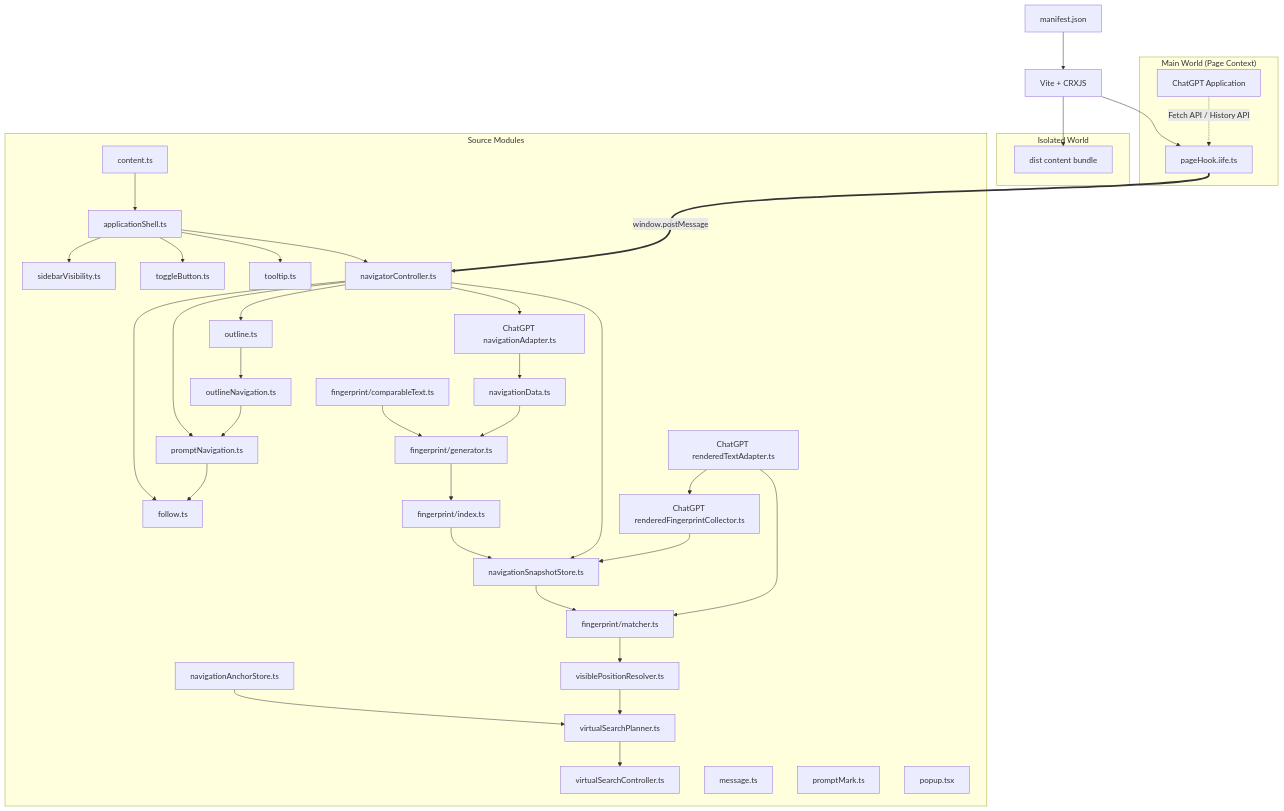
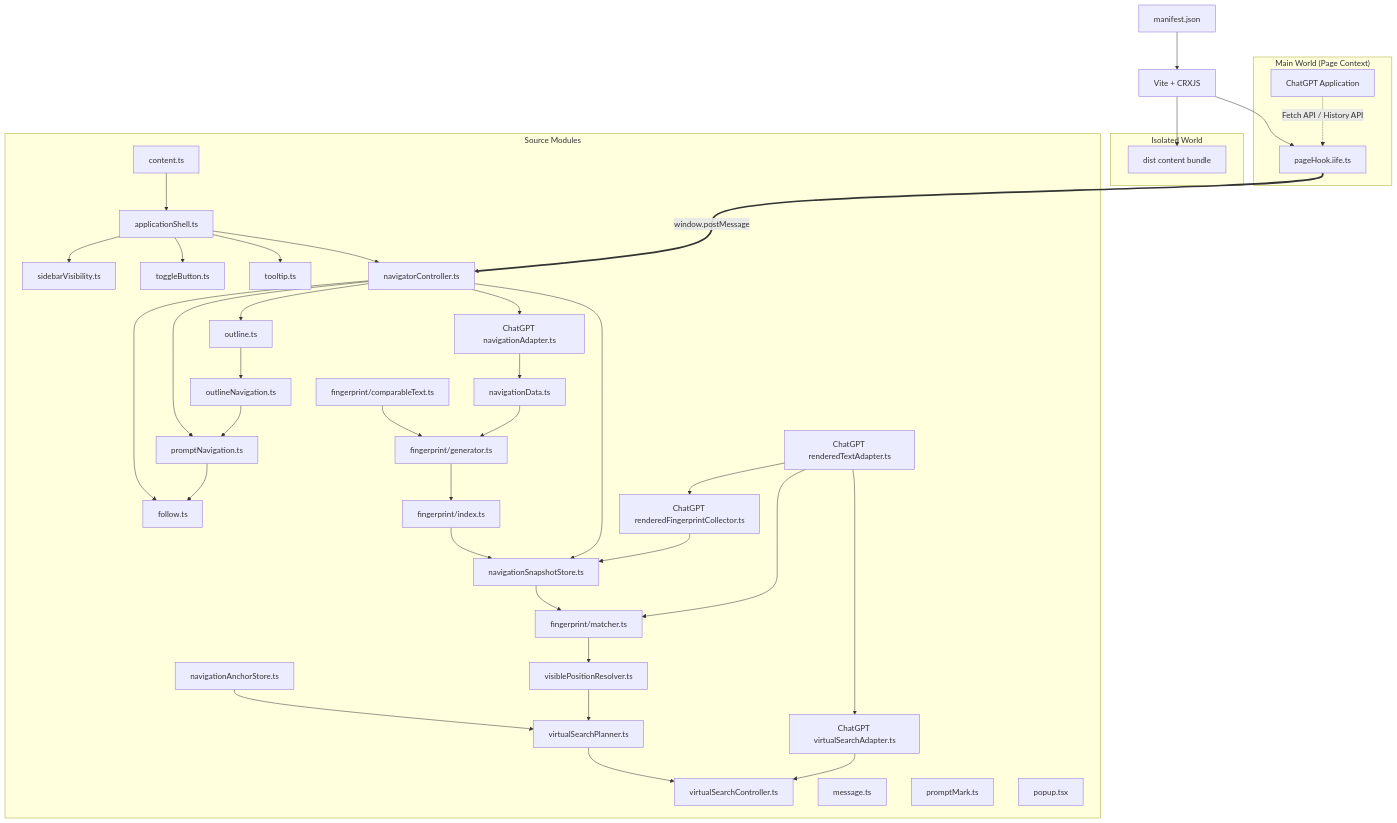
One commit to Leo7805/luna-toc changed the diagram in docs/ARCHITECTURE.md. Above: the diagram before and after it, drawn with Mermaid. The commit also changed other lines of this file and 8 other files, not shown here.

Commit message:
feat(navigation): add ChatGPT virtual search adapter

````diff
--- a/docs/ARCHITECTURE.md
+++ b/docs/ARCHITECTURE.md
@@ -15,75 +15,78 @@
 ```mermaid
 graph TD
     manifest[manifest.json]
     vite[Vite + CRXJS]
 
     subgraph sourceModules["Source Modules"]
         content[content.ts]
         outline[outline.ts]
         outlineNavigation[outlineNavigation.ts]
         follow[follow.ts]
         promptNavigation[promptNavigation.ts]
         navigationData[navigationData.ts]
         comparableText[fingerprint/comparableText.ts]
         fingerprint[fingerprint/generator.ts]
         fingerprintIndex[fingerprint/index.ts]
         fingerprintMatcher[fingerprint/matcher.ts]
         visiblePosition[visiblePositionResolver.ts]
         anchorStore[navigationAnchorStore.ts]
         virtualSearchPlanner[virtualSearchPlanner.ts]
         virtualSearchController[virtualSearchController.ts]
         snapshotStore[navigationSnapshotStore.ts]
         chatGptAdapter[ChatGPT navigationAdapter.ts]
         chatGptRenderedText[ChatGPT renderedTextAdapter.ts]
         chatGptFingerprintCollector[ChatGPT renderedFingerprintCollector.ts]
+        chatGptVirtualSearch[ChatGPT virtualSearchAdapter.ts]
         msg[message.ts]
         mark[promptMark.ts]
         vis[sidebarVisibility.ts]
         btn[toggleButton.ts]
         tip[tooltip.ts]
         navigator[navigatorController.ts]
         shell[applicationShell.ts]
         popup[popup.tsx]
     end
 
     subgraph isolatedWorld["Isolated World"]
         contentBundle[dist content bundle]
     end
 
     subgraph mainWorld["Main World (Page Context)"]
         hook[pageHook.iife.ts]
         chatgpt[ChatGPT Application]
     end
 
     manifest --> vite
     content --> shell
     shell --> navigator
     shell --> vis
     shell --> btn
     shell --> tip
     navigator --> outline
     navigator --> promptNavigation
     chatGptAdapter --> navigationData
     comparableText --> fingerprint
     navigationData --> fingerprint
     fingerprint --> fingerprintIndex
     fingerprintIndex --> snapshotStore
     snapshotStore --> fingerprintMatcher
     fingerprintMatcher --> visiblePosition
     anchorStore --> virtualSearchPlanner
     visiblePosition --> virtualSearchPlanner
     virtualSearchPlanner --> virtualSearchController
     navigator --> snapshotStore
     navigator --> chatGptAdapter
     chatGptRenderedText --> fingerprintMatcher
     chatGptRenderedText --> chatGptFingerprintCollector
     chatGptFingerprintCollector --> snapshotStore
+    chatGptRenderedText --> chatGptVirtualSearch
+    chatGptVirtualSearch --> virtualSearchController
     navigator --> follow
     outline --> outlineNavigation
     outlineNavigation --> promptNavigation
     promptNavigation --> follow
     vite --> contentBundle
     vite --> hook
     hook ===>|window.postMessage| navigator
     chatgpt -.->|Fetch API / History API| hook
 ```
````
